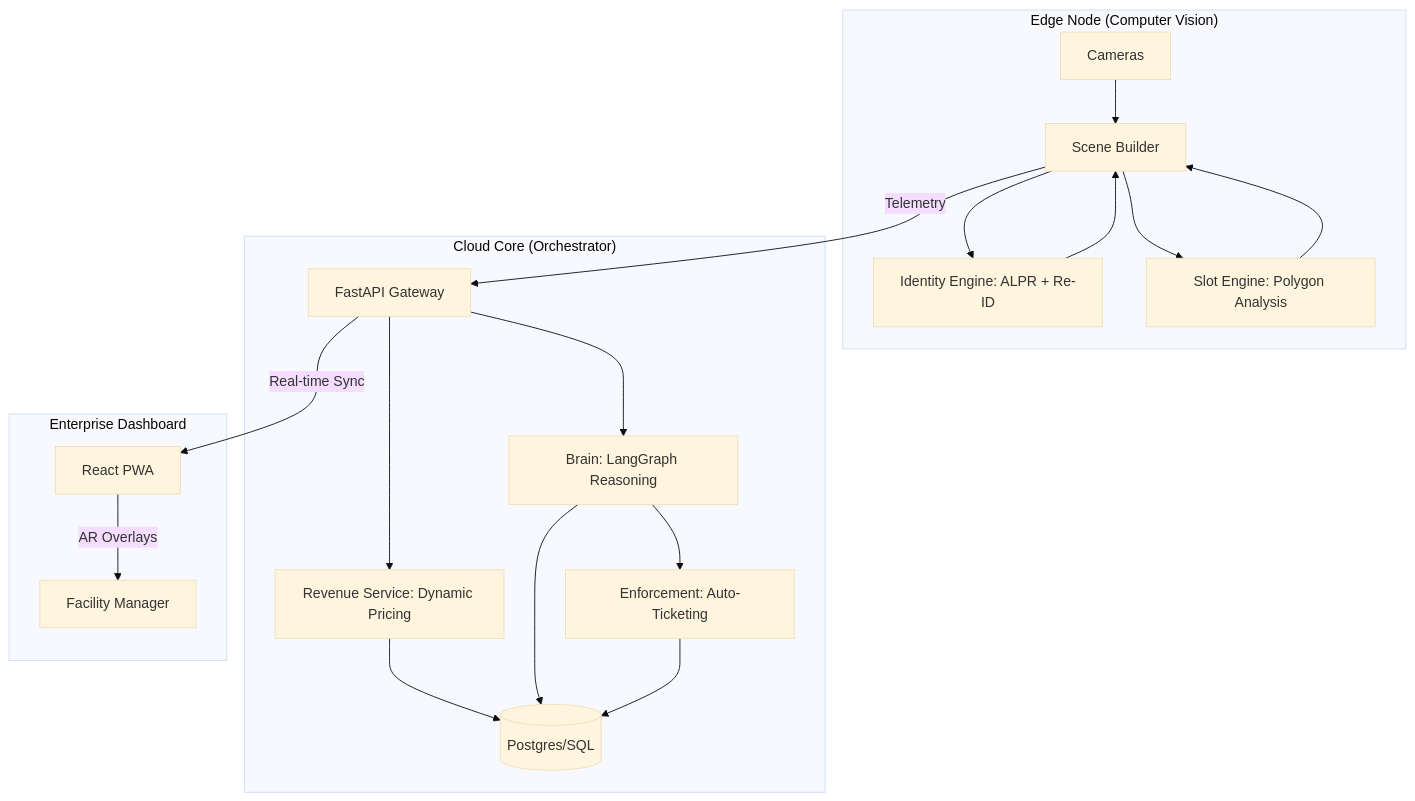
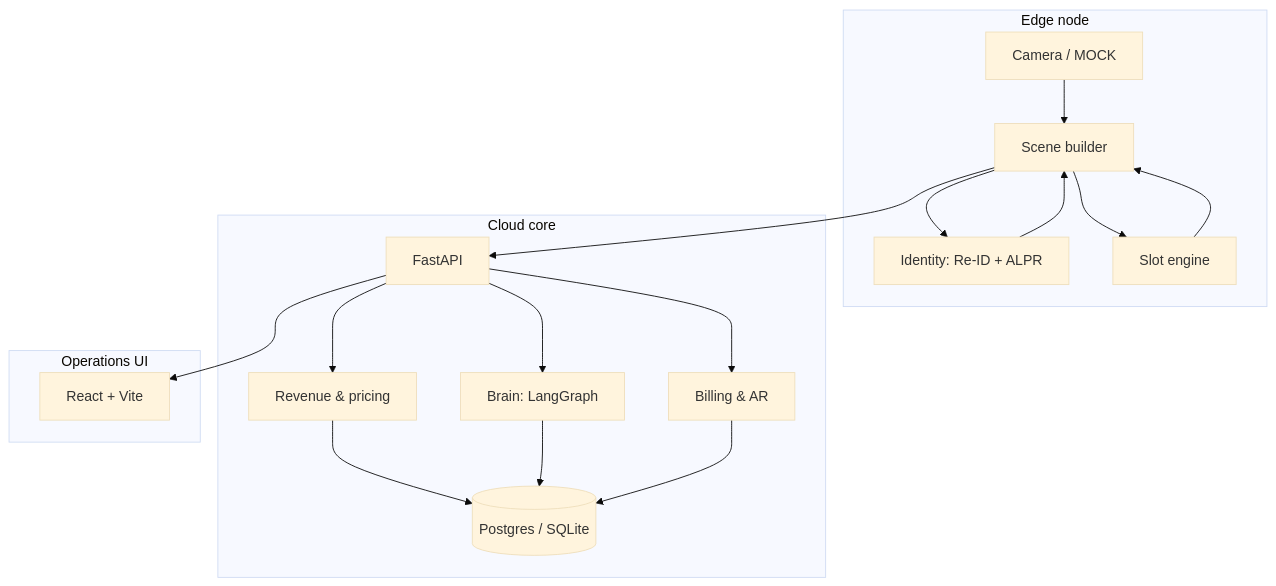
The first of 2 diagrams in README.md (pranaya-mathur/ParkSight), drawn with Mermaid (base theme) before and after one commit. The commit also changed other lines of this file and 28 other files, not shown here.

````diff
--- a/README.md
+++ b/README.md
@@ -31,22 +35,21 @@
 ```mermaid
 graph TD
-    subgraph Edge ["Edge Node (Computer Vision)"]
-        Cam[Cameras] --> SB[Scene Builder]
-        SB --> IE[Identity Engine: ALPR + Re-ID]
-        SB --> SE[Slot Engine: Polygon Analysis]
+    subgraph Edge ["Edge node"]
+        Cam[Camera / MOCK] --> SB[Scene builder]
+        SB --> IE[Identity: Re-ID + ALPR]
+        SB --> SE[Slot engine]
         IE & SE --> SB
     end
 
-    subgraph Cloud ["Cloud Core (Orchestrator)"]
-        SB -- Telemetry --> API[FastAPI Gateway]
-        API --> RS[Revenue Service: Dynamic Pricing]
-        API --> BR[Brain: LangGraph Reasoning]
-        BR --> AE[Enforcement: Auto-Ticketing]
-        RS & BR & AE --> DB[(Postgres/SQL)]
+    subgraph Cloud ["Cloud core"]
+        SB --> API[FastAPI]
+        API --> RS[Revenue & pricing]
+        API --> BR[Brain: LangGraph]
+        API --> BI[Billing & AR]
+        RS & BR & BI --> DB[(Postgres / SQLite)]
     end
 
-    subgraph Control_Center ["Enterprise Dashboard"]
-        API -- Real-time Sync --> UI[React PWA]
-        UI -- AR Overlays --> User[Facility Manager]
+    subgraph UI ["Operations UI"]
+        API --> Dash[React + Vite]
     end
 ```
````
